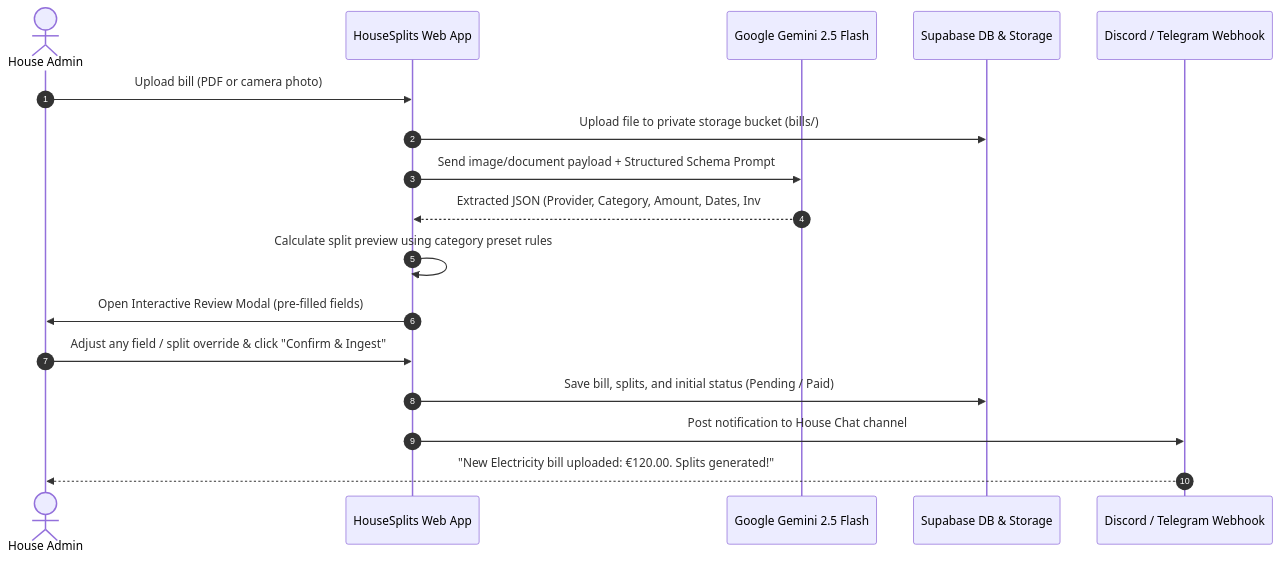
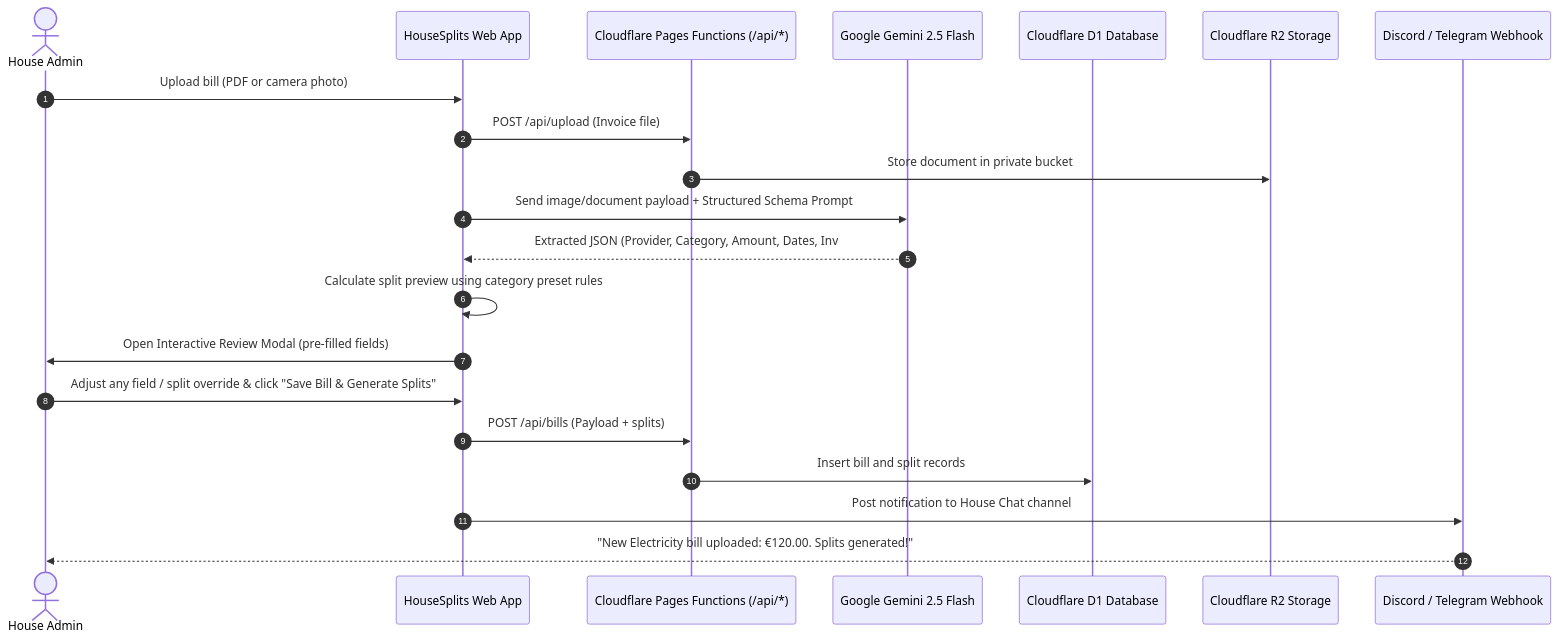
One commit to Srlimao/house-splits changed the first of 3 diagrams in APP_SPEC.md. Above: the diagram before and after it, drawn with Mermaid. The commit also changed other lines of this file and 1 other file, not shown here.

Commit message:
docs: align README and APP_SPEC with pure Cloudflare D1/R2 architecture

````diff
--- a/APP_SPEC.md
+++ b/APP_SPEC.md
@@ -44,20 +44,24 @@
 ```mermaid
 sequenceDiagram
     autonumber
     actor Admin as House Admin
     participant App as HouseSplits Web App
+    participant Edge as Cloudflare Pages Functions (/api/*)
     participant AI as Google Gemini 2.5 Flash
-    participant DB as Supabase DB & Storage
+    participant D1 as Cloudflare D1 Database
+    participant R2 as Cloudflare R2 Storage
     participant Webhook as Discord / Telegram Webhook
 
     Admin->>App: Upload bill (PDF or camera photo)
-    App->>DB: Upload file to private storage bucket (bills/)
+    App->>Edge: POST /api/upload (Invoice file)
+    Edge->>R2: Store document in private bucket
     App->>AI: Send image/document payload + Structured Schema Prompt
     AI-->>App: Extracted JSON (Provider, Category, Amount, Dates, Inv#)
     App->>App: Calculate split preview using category preset rules
     App->>Admin: Open Interactive Review Modal (pre-filled fields)
-    Admin->>App: Adjust any field / split override & click "Confirm & Ingest"
-    App->>DB: Save bill, splits, and initial status (Pending / Paid)
+    Admin->>App: Adjust any field / split override & click "Save Bill & Generate Splits"
+    App->>Edge: POST /api/bills (Payload + splits)
+    Edge->>D1: Insert bill and split records
     App->>Webhook: Post notification to House Chat channel
     Webhook-->>Admin: "New Electricity bill uploaded: €120.00. Splits generated!"
 ```
````
